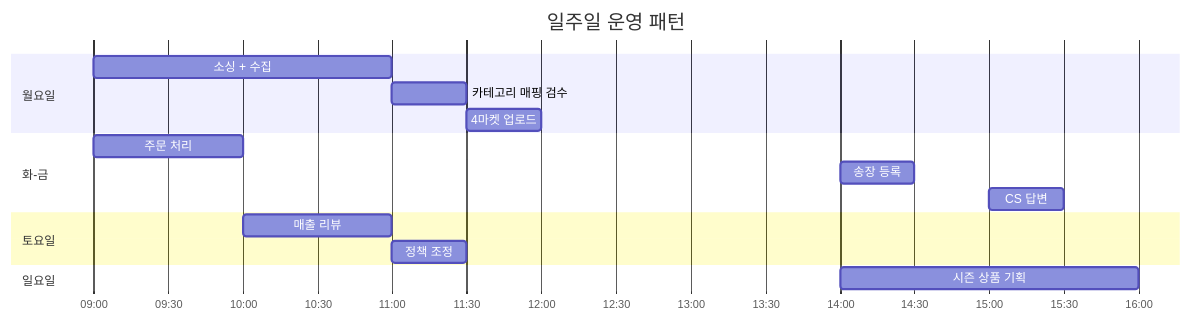
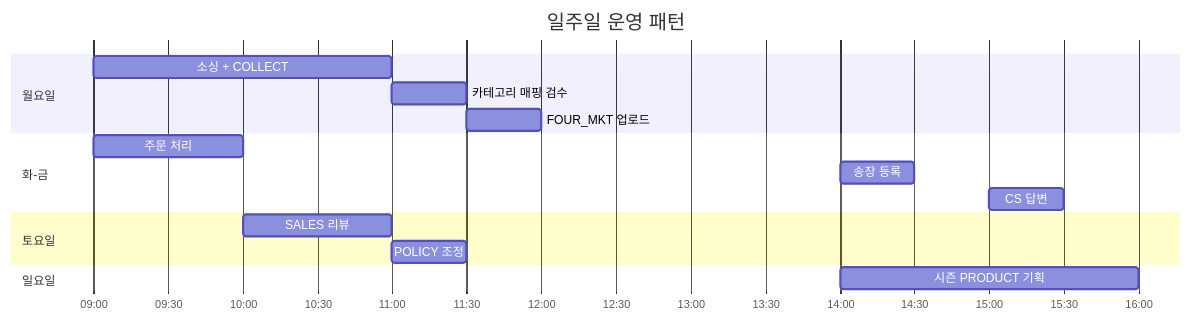
Before and after one commit to cksdud5785-design/lonit-manual: the first of 7 diagrams in docs/05-workflow.md, drawn with Mermaid. The commit also changed other lines of this file and 17 other files, not shown here.

First line of the commit message:
fix: mermaid 한국어 ID → ASCII + 더망고 → T사 일괄 변경

````diff
--- a/docs/05-workflow.md
+++ b/docs/05-workflow.md
@@ -11,23 +11,23 @@
 ```mermaid
 gantt
     title 일주일 운영 패턴
     dateFormat HH:mm
     axisFormat %H:%M
     
     section 월요일
-    소싱 + 수집           :a1, 09:00, 2h
+    소싱 + COLLECT           :a1, 09:00, 2h
     카테고리 매핑 검수     :a2, 11:00, 30m
-    4마켓 업로드          :a3, 11:30, 30m
+    FOUR_MKT 업로드          :a3, 11:30, 30m
     
     section 화-금
     주문 처리             :b1, 09:00, 1h
     송장 등록             :b2, 14:00, 30m
     CS 답변               :b3, 15:00, 30m
     
     section 토요일
-    매출 리뷰             :c1, 10:00, 1h
-    정책 조정             :c2, 11:00, 30m
+    SALES 리뷰             :c1, 10:00, 1h
+    POLICY 조정             :c2, 11:00, 30m
     
     section 일요일
-    시즌 상품 기획         :d1, 14:00, 2h
+    시즌 PRODUCT 기획         :d1, 14:00, 2h
 ```
````
